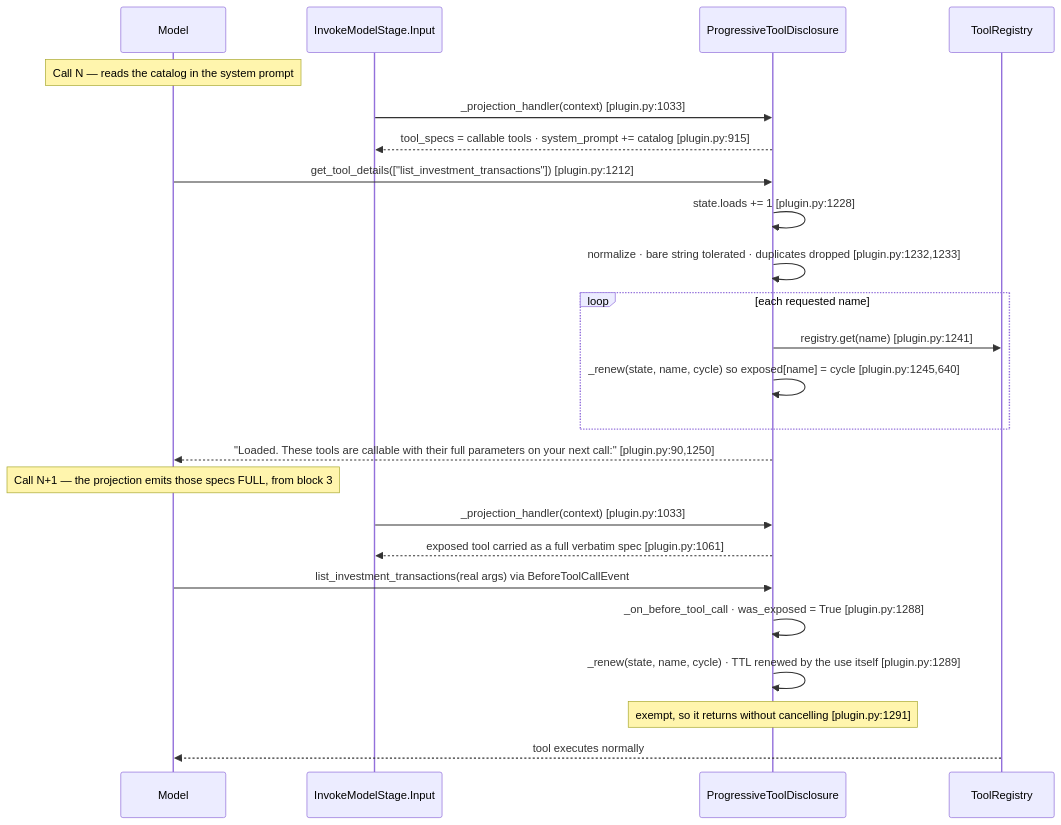
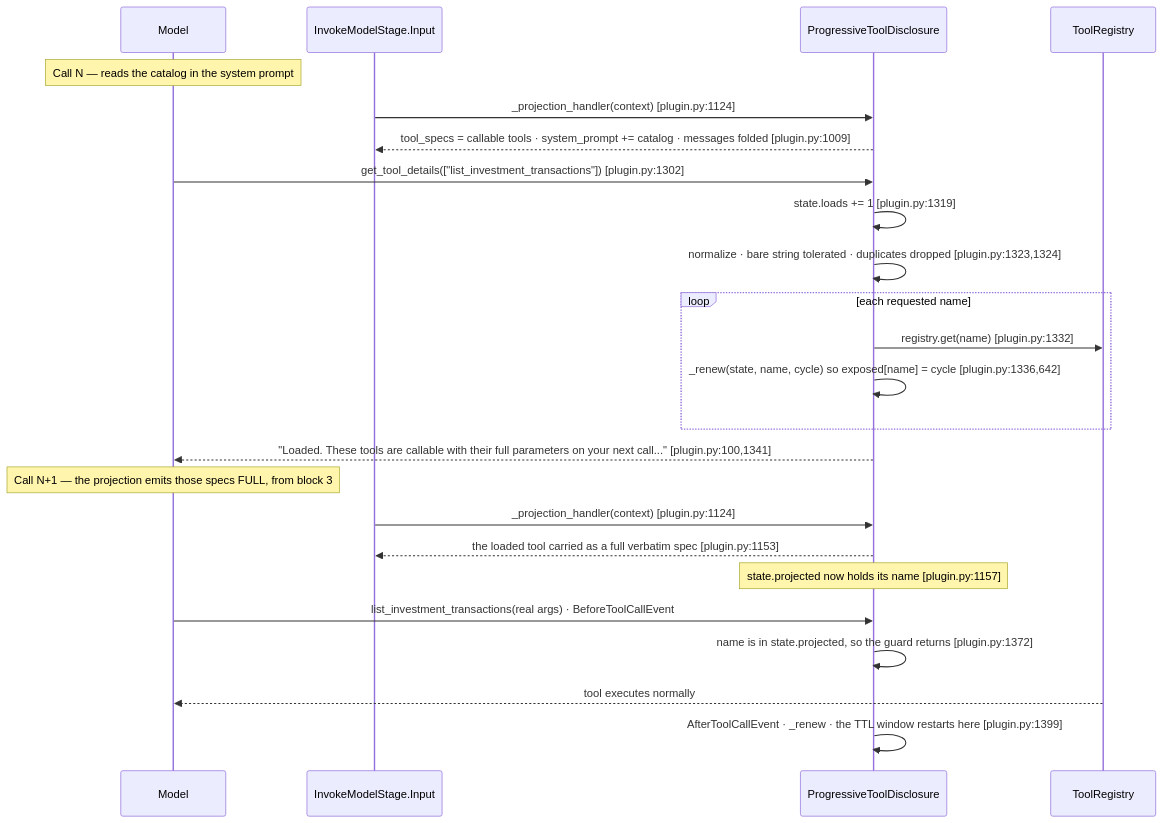
The third of 6 diagrams in docs/design/sequence/sequence-b-progressive-tool-disclosure.md (aws-samples/sample-context-engineering), drawn with Mermaid before and after one commit. The commit also changed other lines of this file and 11 other files, not shown here.

First line of the commit message:
docs: bring design, sequence and how-to docs to the current code

````diff
--- a/docs/design/sequence/sequence-b-progressive-tool-disclosure.md
+++ b/docs/design/sequence/sequence-b-progressive-tool-disclosure.md
@@ -177,27 +285,27 @@
 ```mermaid
 sequenceDiagram
     participant Model
     participant Stage as InvokeModelStage.Input
     participant Plugin as ProgressiveToolDisclosure
     participant Reg as ToolRegistry
 
     Note over Model: Call N — reads the catalog in the system prompt
-    Stage->>Plugin: _projection_handler(context) [plugin.py:1033]
-    Plugin-->>Stage: tool_specs = callable tools · system_prompt += catalog [plugin.py:915]
-    Model->>Plugin: get_tool_details(["list_investment_transactions"]) [plugin.py:1212]
-    Plugin->>Plugin: state.loads += 1 [plugin.py:1228]
-    Plugin->>Plugin: normalize · bare string tolerated · duplicates dropped [plugin.py:1232,1233]
+    Stage->>Plugin: _projection_handler(context) [plugin.py:1124]
+    Plugin-->>Stage: tool_specs = callable tools · system_prompt += catalog · messages folded [plugin.py:1009]
+    Model->>Plugin: get_tool_details(["list_investment_transactions"]) [plugin.py:1302]
+    Plugin->>Plugin: state.loads += 1 [plugin.py:1319]
+    Plugin->>Plugin: normalize · bare string tolerated · duplicates dropped [plugin.py:1323,1324]
     loop each requested name
-        Plugin->>Reg: registry.get(name) [plugin.py:1241]
-        Plugin->>Plugin: _renew(state, name, cycle) so exposed[name] = cycle [plugin.py:1245,640]
+        Plugin->>Reg: registry.get(name) [plugin.py:1332]
+        Plugin->>Plugin: _renew(state, name, cycle) so exposed[name] = cycle [plugin.py:1336,642]
     end
-    Plugin-->>Model: "Loaded. These tools are callable with their full parameters on your next call:" [plugin.py:90,1250]
+    Plugin-->>Model: "Loaded. These tools are callable with their full parameters on your next call..." [plugin.py:100,1341]
     Note over Model: Call N+1 — the projection emits those specs FULL, from block 3
-    Stage->>Plugin: _projection_handler(context) [plugin.py:1033]
-    Plugin-->>Stage: exposed tool carried as a full verbatim spec [plugin.py:1061]
-    Model->>Plugin: list_investment_transactions(real args) via BeforeToolCallEvent
-    Plugin->>Plugin: _on_before_tool_call · was_exposed = True [plugin.py:1288]
-    Plugin->>Plugin: _renew(state, name, cycle) · TTL renewed by the use itself [plugin.py:1289]
-    Note over Plugin: exempt, so it returns without cancelling [plugin.py:1291]
+    Stage->>Plugin: _projection_handler(context) [plugin.py:1124]
+    Plugin-->>Stage: the loaded tool carried as a full verbatim spec [plugin.py:1153]
+    Note over Plugin: state.projected now holds its name [plugin.py:1157]
+    Model->>Plugin: list_investment_transactions(real args) · BeforeToolCallEvent
+    Plugin->>Plugin: name is in state.projected, so the guard returns [plugin.py:1372]
     Reg-->>Model: tool executes normally
+    Plugin->>Plugin: AfterToolCallEvent · _renew · the TTL window restarts here [plugin.py:1399]
 ```
````
